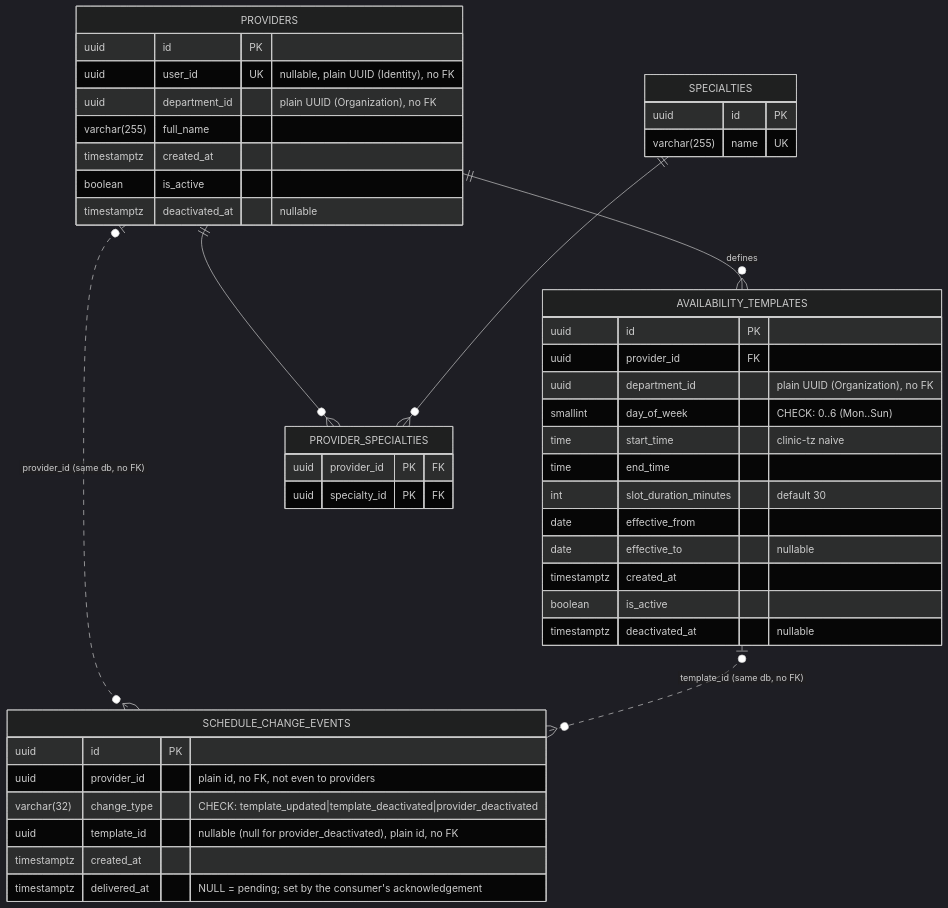
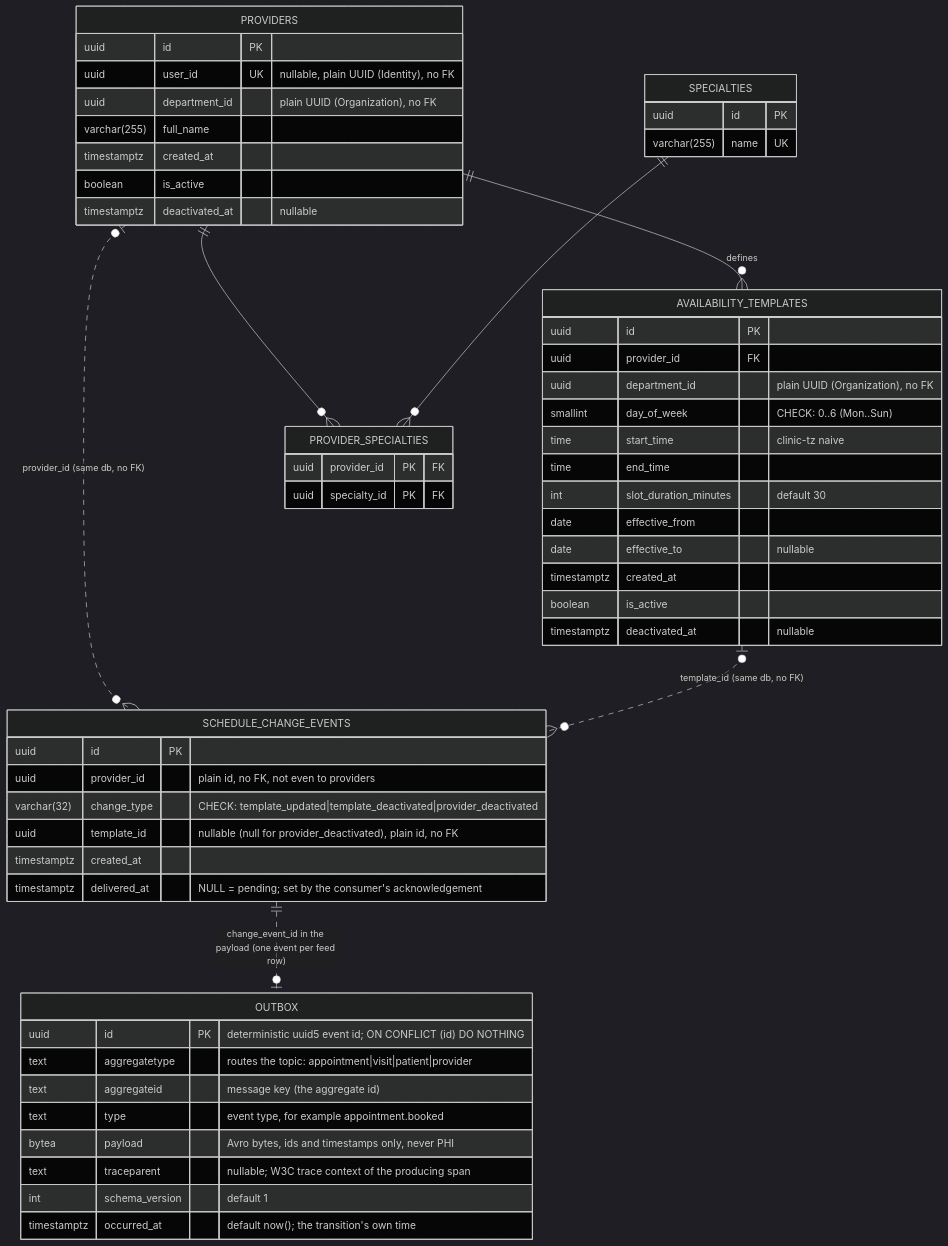
Before and after one commit to umarEmumba/smarthealth: the third of 9 diagrams in docs/erd.md, drawn with Mermaid (dark theme). The commit also changed other lines of this file and 11 other files, not shown here.

First line of the commit message:
docs(03-18): ERD, NFR page, load-test README and the stale visit docstrings

````diff
--- a/docs/erd.md
+++ b/docs/erd.md
@@ -74,48 +78,59 @@
 ```mermaid
 erDiagram
     PROVIDERS ||--o{ AVAILABILITY_TEMPLATES : "defines"
     PROVIDERS ||--o{ PROVIDER_SPECIALTIES : ""
     SPECIALTIES ||--o{ PROVIDER_SPECIALTIES : ""
     PROVIDERS |o..o{ SCHEDULE_CHANGE_EVENTS : "provider_id (same db, no FK)"
     AVAILABILITY_TEMPLATES |o..o{ SCHEDULE_CHANGE_EVENTS : "template_id (same db, no FK)"
+    SCHEDULE_CHANGE_EVENTS ||..o| OUTBOX : "change_event_id in the payload (one event per feed row)"
 
     PROVIDERS {
         uuid id PK
         uuid user_id UK "nullable, plain UUID (Identity), no FK"
         uuid department_id "plain UUID (Organization), no FK"
         varchar(255) full_name
         timestamptz created_at
         boolean is_active
         timestamptz deactivated_at "nullable"
     }
     SPECIALTIES {
         uuid id PK
         varchar(255) name UK
     }
     PROVIDER_SPECIALTIES {
         uuid provider_id PK "FK"
         uuid specialty_id PK "FK"
     }
     AVAILABILITY_TEMPLATES {
         uuid id PK
         uuid provider_id FK
         uuid department_id "plain UUID (Organization), no FK"
         smallint day_of_week "CHECK: 0..6 (Mon..Sun)"
         time start_time "clinic-tz naive"
         time end_time
         int slot_duration_minutes "default 30"
         date effective_from
         date effective_to "nullable"
         timestamptz created_at
         boolean is_active
         timestamptz deactivated_at "nullable"
     }
     SCHEDULE_CHANGE_EVENTS {
         uuid id PK
         uuid provider_id "plain id, no FK, not even to providers"
         varchar(32) change_type "CHECK: template_updated|template_deactivated|provider_deactivated"
         uuid template_id "nullable (null for provider_deactivated), plain id, no FK"
         timestamptz created_at
         timestamptz delivered_at "NULL = pending; set by the consumer's acknowledgement"
     }
+    OUTBOX {
+        uuid id PK "deterministic uuid5 event id; ON CONFLICT (id) DO NOTHING"
+        text aggregatetype "routes the topic: appointment|visit|patient|provider"
+        text aggregateid "message key (the aggregate id)"
+        text type "event type, for example appointment.booked"
+        bytea payload "Avro bytes, ids and timestamps only, never PHI"
+        text traceparent "nullable; W3C trace context of the producing span"
+        int schema_version "default 1"
+        timestamptz occurred_at "default now(); the transition's own time"
+    }
 ```
````
